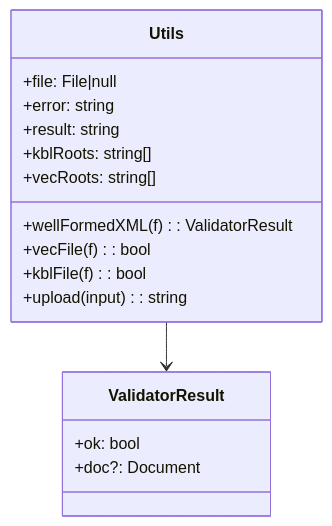
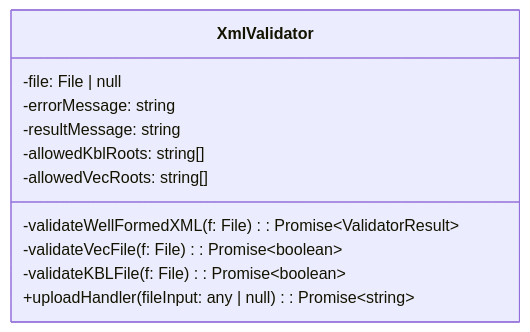
The first of 2 diagrams in PROJECT/UC01-classdiagram.md (DHBW-TINF24F/Team3-Basyx-Editor), drawn with Mermaid before and after one commit. The commit also changed other lines of this file, not shown here.

````diff
--- a/PROJECT/UC01-classdiagram.md
+++ b/PROJECT/UC01-classdiagram.md
@@ -6,23 +6,17 @@
 ```mermaid
+%%{init: {'classDiagram': {'nodeSpacing': 100}}}%%
 classDiagram
-%%{init: {'classDiagram': {'nodeSpacing': 100}}}%%
-    class ValidatorResult {
-        +ok: bool
-        +doc?: Document
-    }
 
-    class Utils {
-        +file: File|null
-        +error: string
-        +result: string
-        +kblRoots: string[]
-        +vecRoots: string[]
-        
-        +wellFormedXML(f): ValidatorResult
-        +vecFile(f): bool
-        +kblFile(f): bool
-        +upload(input): string
-    }
-    
-    Utils --> ValidatorResult
+class XmlValidator {
+    -file: File | null
+    -errorMessage: string
+    -resultMessage: string
+    -allowedKblRoots: string[]
+    -allowedVecRoots: string[]
+
+    -validateWellFormedXML(f: File): Promise~ValidatorResult~
+    -validateVecFile(f: File): Promise~boolean~
+    -validateKBLFile(f: File): Promise~boolean~
+    +uploadHandler(fileInput: any | null): Promise~string~
+}
 ```
````
